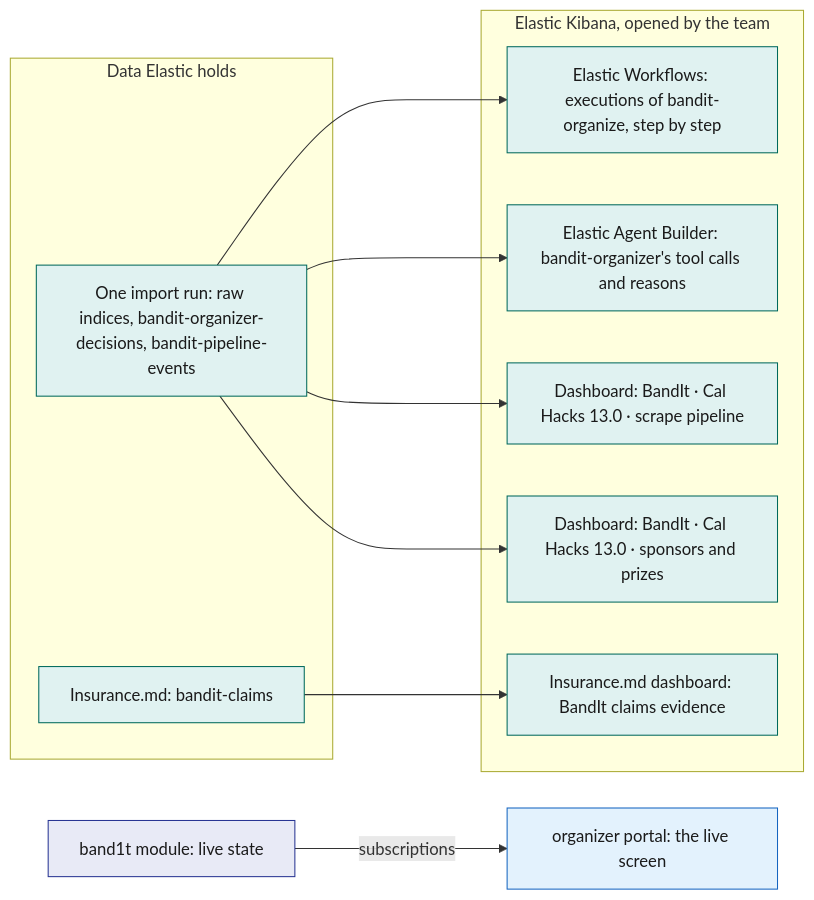
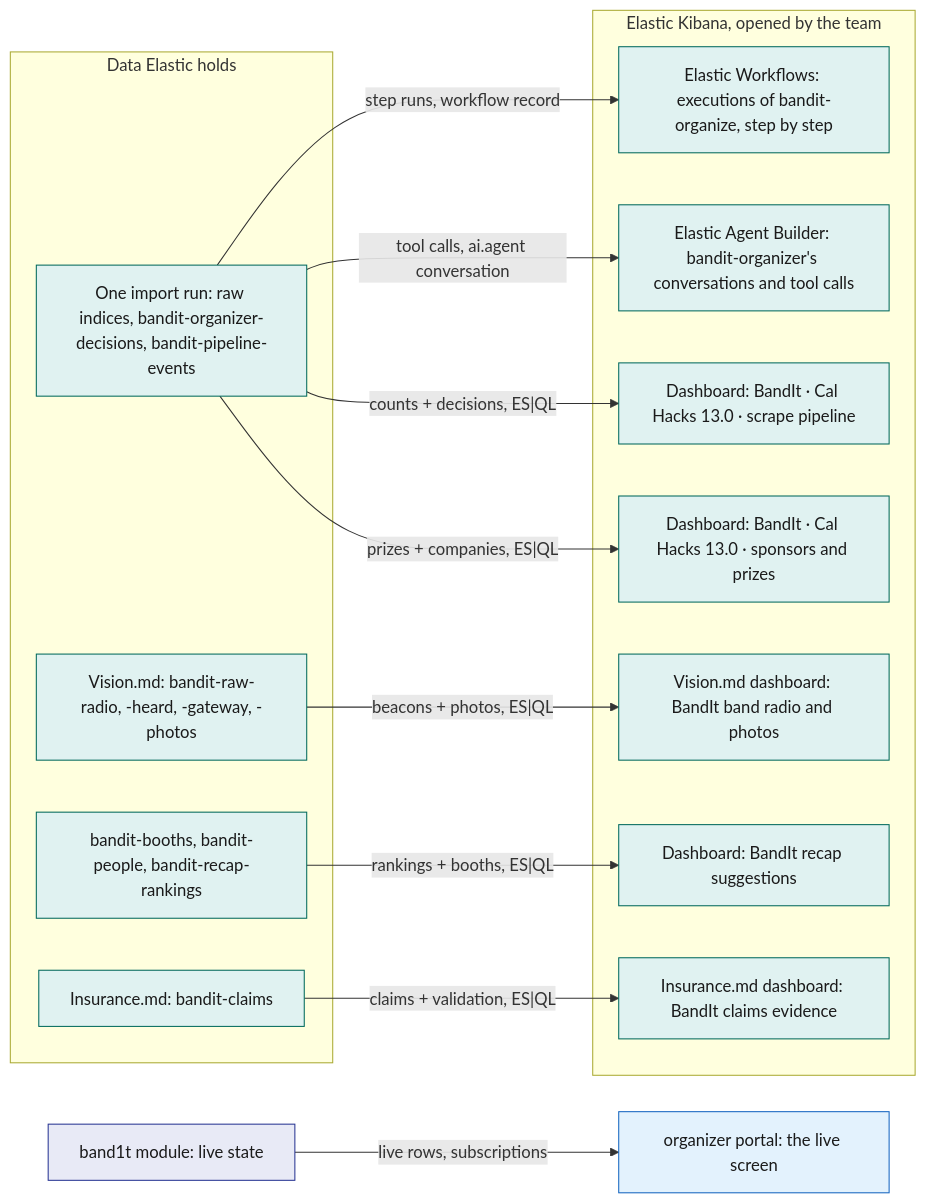
The seventh of 7 diagrams in System Design/7-integrations/Elastic.md (viktorinkov/cal-hacks-13), drawn with Mermaid before and after one commit. The commit also changed other lines of this file and 4 other files, not shown here.

````diff
--- a/System Design/7-integrations/Elastic.md
+++ b/System Design/7-integrations/Elastic.md
@@ -407,26 +565,32 @@
 ```mermaid
 flowchart LR
   subgraph Sources["Data Elastic holds"]
     RUN["One import run: raw indices, bandit-organizer-decisions, bandit-pipeline-events"]
+    RAD["Vision.md: bandit-raw-radio, -heard, -gateway, -photos"]
+    REC["bandit-booths, bandit-people, bandit-recap-rankings"]
     CLM["Insurance.md: bandit-claims"]
   end
   subgraph Kibana["Elastic Kibana, opened by the team"]
     WFV["Elastic Workflows: executions of bandit-organize, step by step"]
-    ABV["Elastic Agent Builder: bandit-organizer's tool calls and reasons"]
+    ABV["Elastic Agent Builder: bandit-organizer's conversations and tool calls"]
     D1["Dashboard: BandIt · Cal Hacks 13.0 · scrape pipeline"]
     D2["Dashboard: BandIt · Cal Hacks 13.0 · sponsors and prizes"]
+    D3["Vision.md dashboard: BandIt band radio and photos"]
+    D4["Dashboard: BandIt recap suggestions"]
     D5["Insurance.md dashboard: BandIt claims evidence"]
   end
-  RUN --> WFV
-  RUN --> ABV
-  RUN --> D1
-  RUN --> D2
-  CLM --> D5
-  STDB["band1t module: live state"] -->|"subscriptions"| OPS["organizer portal: the live screen"]
+  RUN -->|"step runs, workflow record"| WFV
+  RUN -->|"tool calls, ai.agent conversation"| ABV
+  RUN -->|"counts + decisions, ES|QL"| D1
+  RUN -->|"prizes + companies, ES|QL"| D2
+  RAD -->|"beacons + photos, ES|QL"| D3
+  REC -->|"rankings + booths, ES|QL"| D4
+  CLM -->|"claims + validation, ES|QL"| D5
+  STDB["band1t module: live state"] -->|"live rows, subscriptions"| OPS["organizer portal: the live screen"]
   classDef ext fill:#E0F2F1,stroke:#00695C,color:#1A1A1A
   classDef stdb fill:#E8EAF6,stroke:#283593,color:#1A1A1A
   classDef web fill:#E3F2FD,stroke:#1565C0,color:#1A1A1A
-  class RUN,CLM,WFV,ABV,D1,D2,D5 ext
+  class RUN,RAD,REC,CLM,WFV,ABV,D1,D2,D3,D4,D5 ext
   class STDB stdb
   class OPS web
 ```
````
